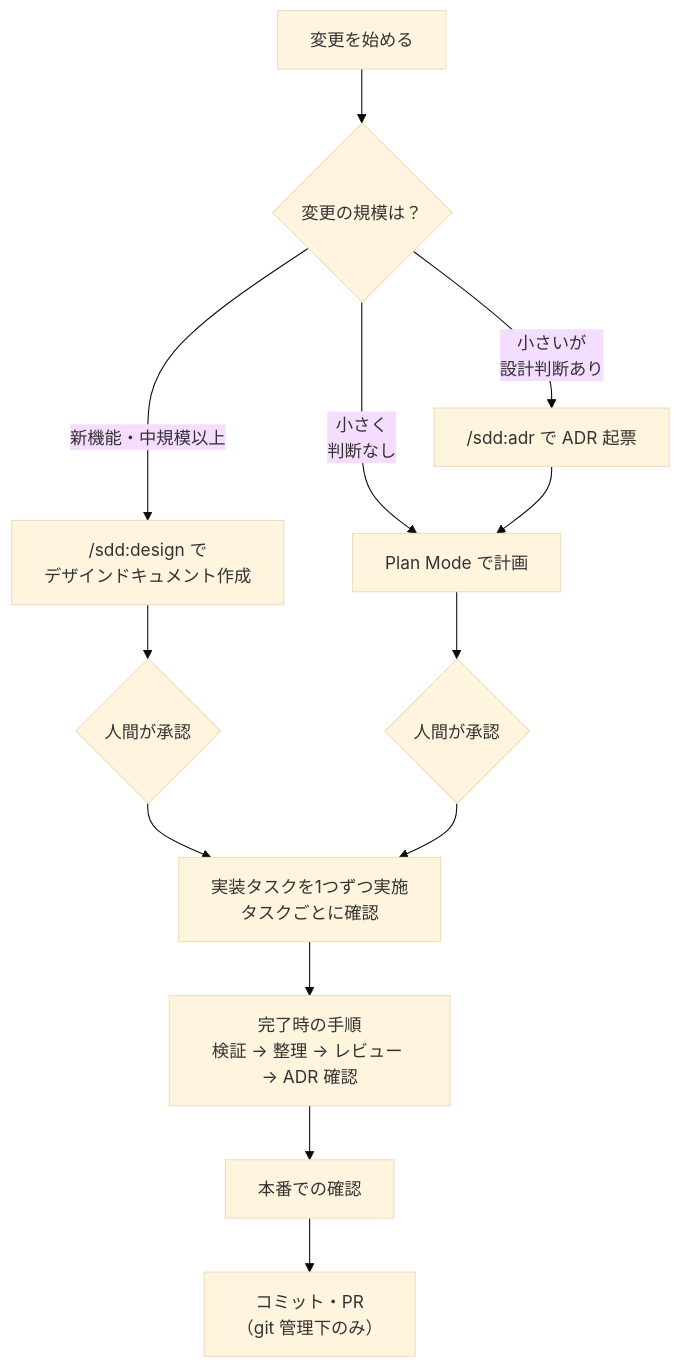
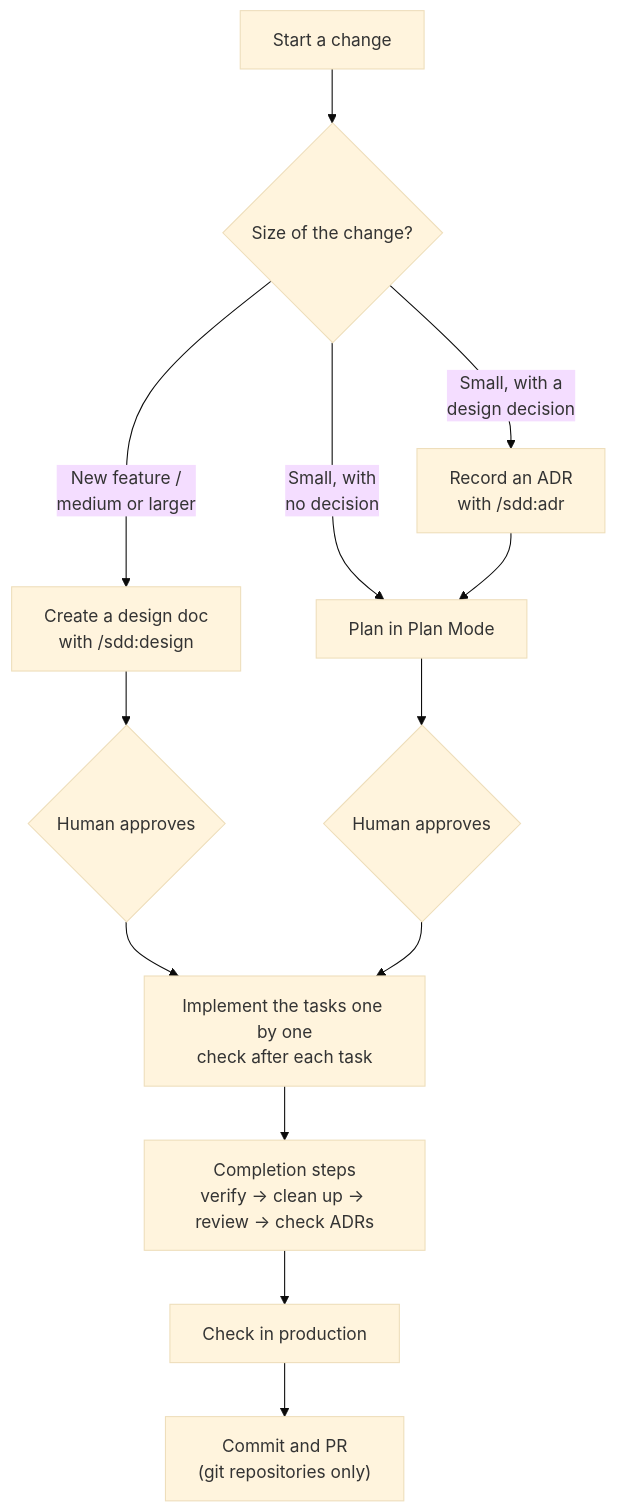
Before and after one commit to kibako-works/sdd-lite: the diagram in plugins/sdd/skills/ask/guide.md, drawn with Mermaid (base theme). The commit also changed other lines of this file and 2 other files, not shown here.

````diff
--- a/plugins/sdd/skills/ask/guide.md
+++ b/plugins/sdd/skills/ask/guide.md
@@ -7,15 +7,15 @@
 ```mermaid
 flowchart TD
-    S["変更を始める"] --> J{"変更の規模は？"}
-    J -->|"新機能・中規模以上"| D["/sdd:design で<br/>デザインドキュメント作成"]
-    J -->|"小さいが<br/>設計判断あり"| A["/sdd:adr で ADR 起票"]
-    J -->|"小さく<br/>判断なし"| P["Plan Mode で計画"]
-    D --> DA{"人間が承認"}
+    S["Start a change"] --> J{"Size of the change?"}
+    J -->|"New feature /<br/>medium or larger"| D["Create a design doc<br/>with /sdd:design"]
+    J -->|"Small, with a<br/>design decision"| A["Record an ADR<br/>with /sdd:adr"]
+    J -->|"Small, with<br/>no decision"| P["Plan in Plan Mode"]
+    D --> DA{"Human approves"}
     A --> P
-    DA --> I["実装タスクを1つずつ実施<br/>タスクごとに確認"]
-    P --> PA{"人間が承認"}
+    DA --> I["Implement the tasks one by one<br/>check after each task"]
+    P --> PA{"Human approves"}
     PA --> I
-    I --> F["完了時の手順<br/>検証 → 整理 → レビュー → ADR 確認"]
-    F --> R["本番での確認"]
-    R --> C["コミット・PR<br/>（git 管理下のみ）"]
+    I --> F["Completion steps<br/>verify → clean up → review → check ADRs"]
+    F --> R["Check in production"]
+    R --> C["Commit and PR<br/>(git repositories only)"]
 ```
````
